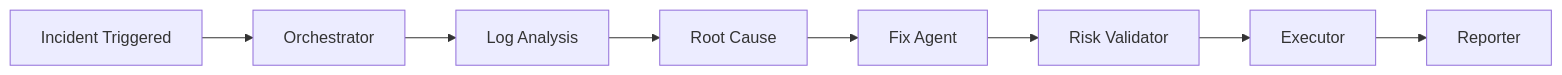
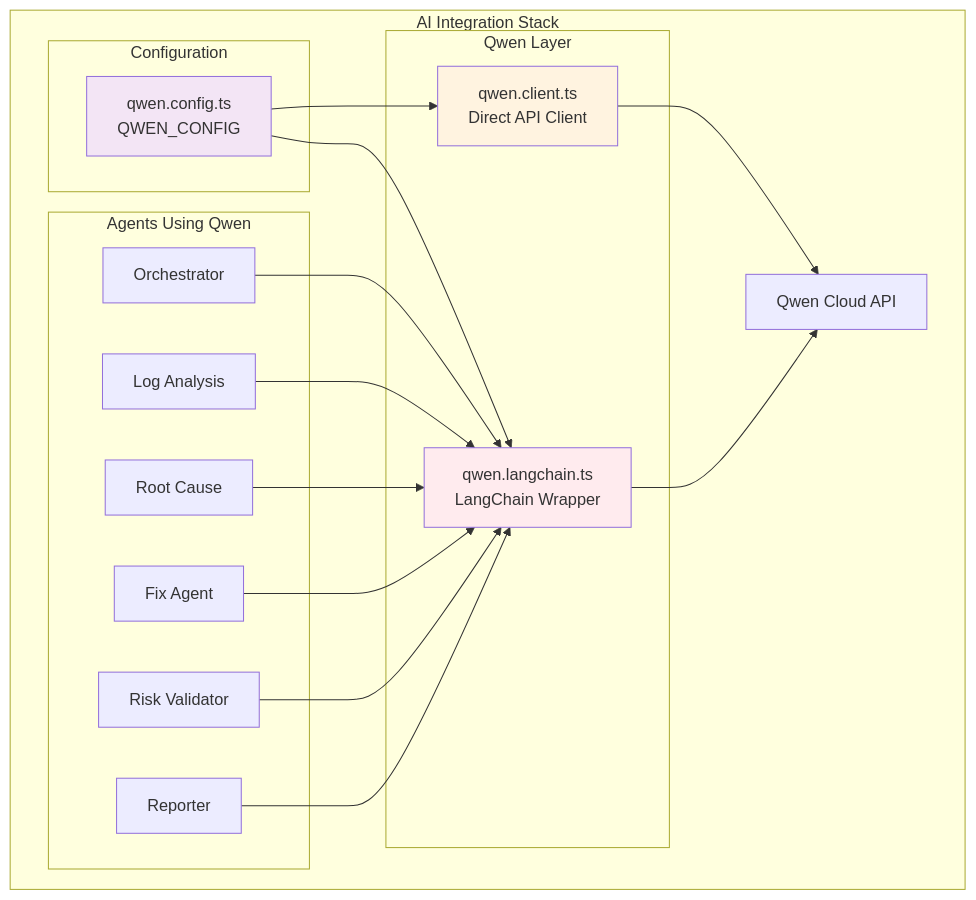
One commit to munawarali345/resolvix-ai-autopilo changed the second of 8 diagrams in ARCHITECTURE.md. Above: the diagram before and after it, drawn with Mermaid. The commit also changed other lines of this file and 231 other files, not shown here.

````diff
--- a/ARCHITECTURE.md
+++ b/ARCHITECTURE.md
@@ -5,10 +74,37 @@
 ```mermaid
-flowchart LR
-    A[Incident Triggered] --> B[Orchestrator]
-    B --> C[Log Analysis]
-    C --> D[Root Cause]
-    D --> E[Fix Agent]
-    E --> F[Risk Validator]
-    F --> G[Executor]
-    G --> H[Reporter]
+graph TD
+    subgraph "AI Integration Stack"
+        subgraph "Qwen Layer"
+            QWEN1[qwen.client.ts\nDirect API Client]
+            QWEN2[qwen.langchain.ts\nLangChain Wrapper]
+        end
+
+        subgraph "Configuration"
+            CONFIG[qwen.config.ts\nQWEN_CONFIG]
+        end
+
+        subgraph "Agents Using Qwen"
+            O[Orchestrator]
+            LA[Log Analysis]
+            RC[Root Cause]
+            FA[Fix Agent]
+            RV[Risk Validator]
+            RE[Reporter]
+        end
+
+        CONFIG --> QWEN1
+        CONFIG --> QWEN2
+        QWEN1 --> API[Qwen Cloud API]
+        QWEN2 --> API
+        O --> QWEN2
+        LA --> QWEN2
+        RC --> QWEN2
+        FA --> QWEN2
+        RV --> QWEN2
+        RE --> QWEN2
+    end
+
+    style QWEN1 fill:#fff3e0
+    style QWEN2 fill:#ffebee
+    style CONFIG fill:#f3e5f5
 ```
````
